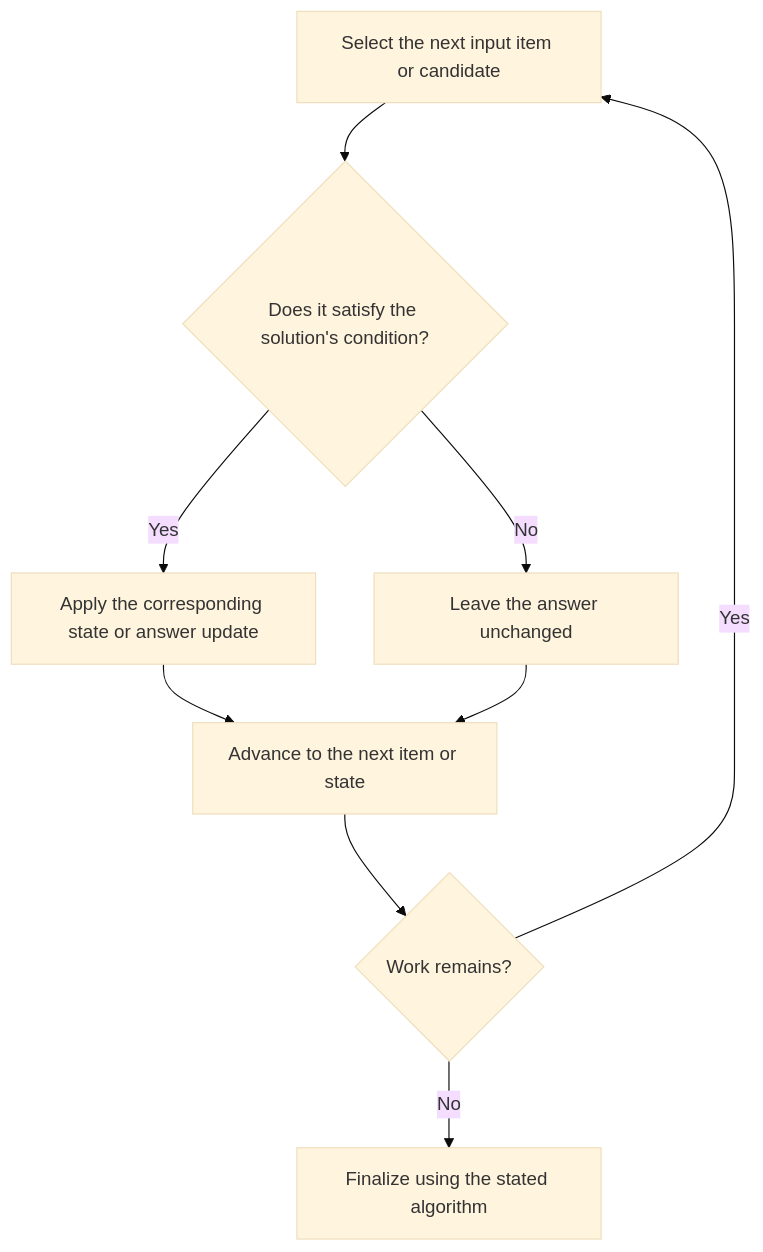
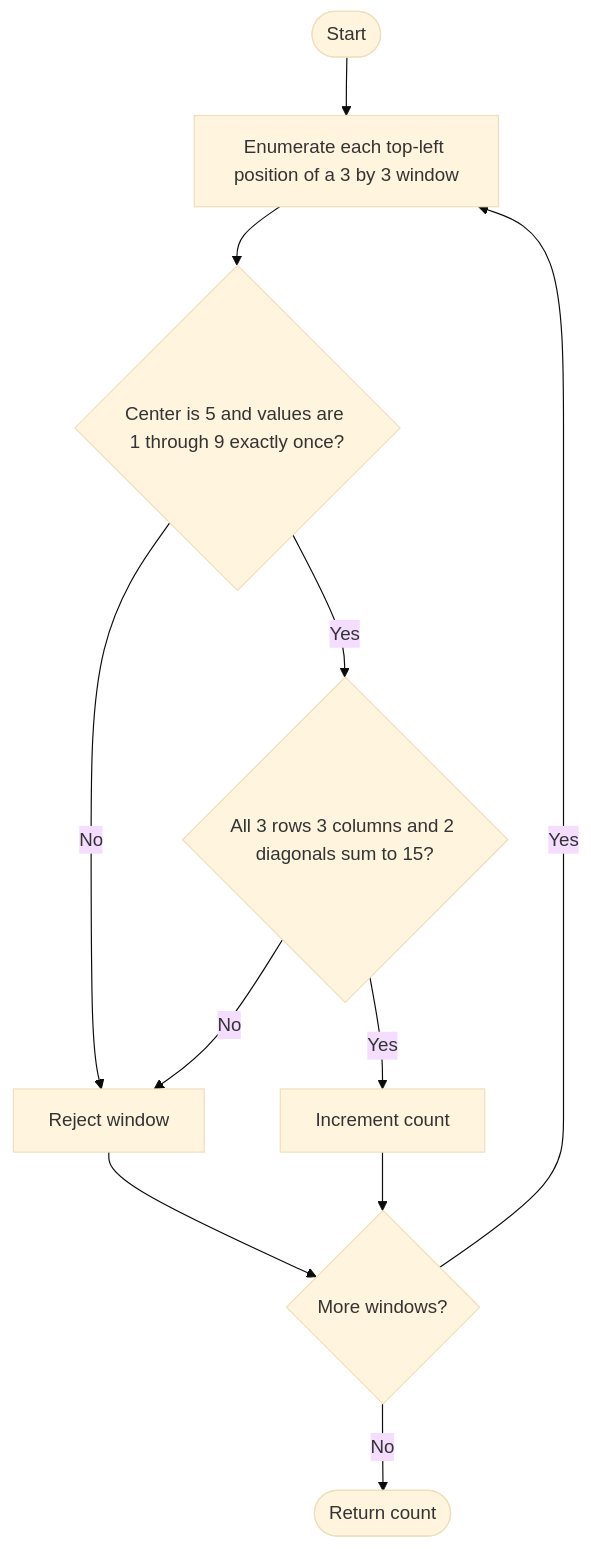
The diagram in LeetCode/840/README.md (SAIDEEPBHANGE/C-CPP-Codes), drawn with Mermaid (base theme) before and after one commit. The commit also changed other lines of this file and 196 other files, not shown here.

Commit message:
All Files Are Updated

````diff
--- a/LeetCode/840/README.md
+++ b/LeetCode/840/README.md
@@ -43,11 +38,13 @@
 ```mermaid
 flowchart TD
-    A[Select the next input item or candidate] --> B{Does it satisfy the solution's condition?}
-    B -- Yes --> C[Apply the corresponding state or answer update]
-    B -- No --> D[Leave the answer unchanged]
-    C --> E[Advance to the next item or state]
-    D --> E
-    E --> F{Work remains?}
-    F -- Yes --> A
-    F -- No --> G[Finalize using the stated algorithm]
+    A([Start]) --> B[Enumerate each top-left position of a 3 by 3 window]
+    B --> C{Center is 5 and values are 1 through 9 exactly once?}
+    C -- No --> D[Reject window]
+    C -- Yes --> E{All 3 rows 3 columns and 2 diagonals sum to 15?}
+    E -- Yes --> F[Increment count]
+    E -- No --> D
+    D --> G{More windows?}
+    F --> G
+    G -- Yes --> B
+    G -- No --> H([Return count])
 ```
````
